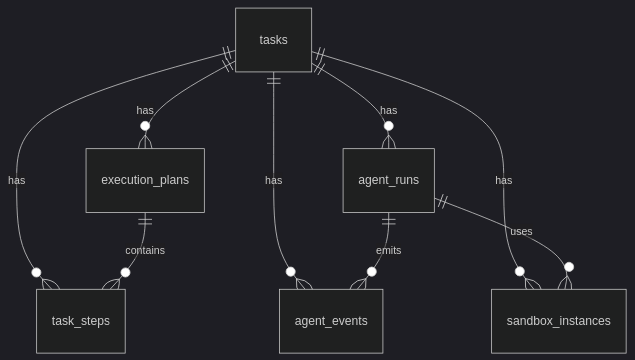
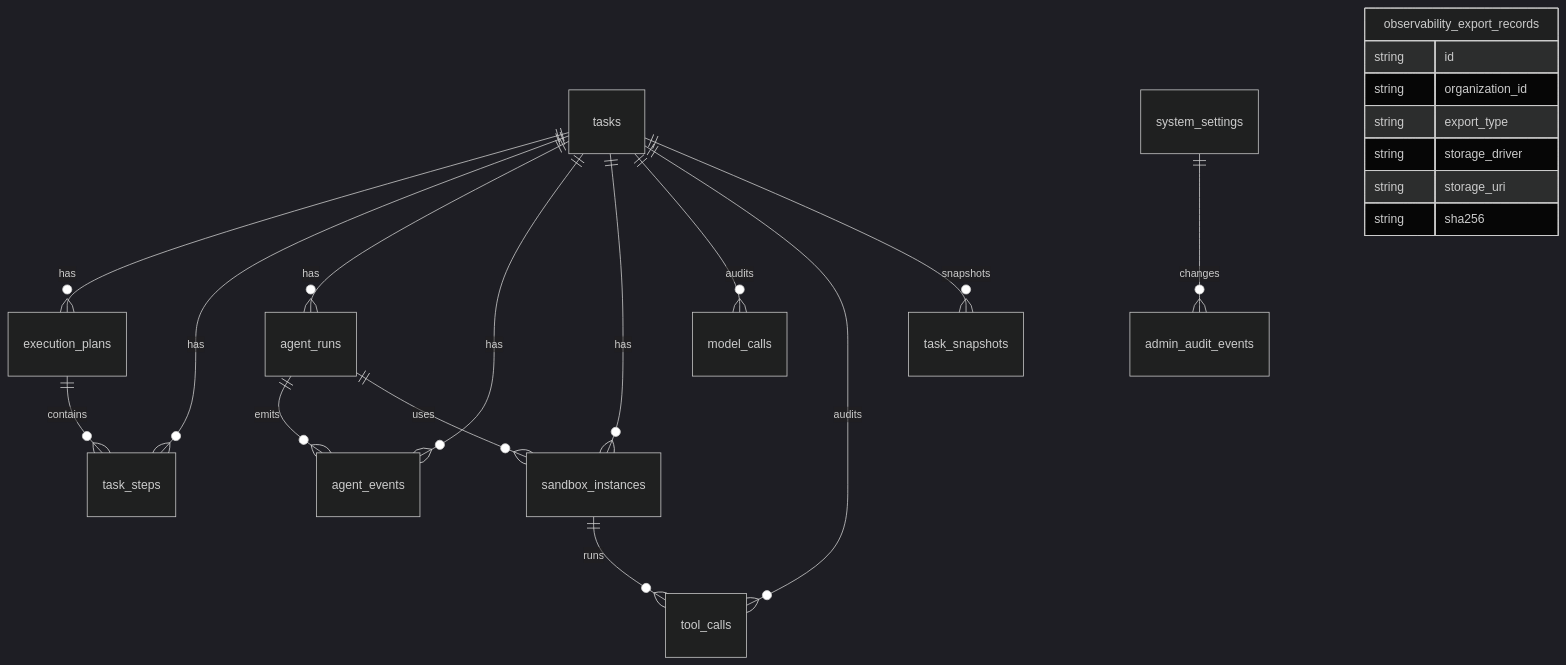
The diagram in docs/ai/reference/database-erd-migrations.md (luohao0308/harness), drawn with Mermaid (dark theme) before and after one commit. The commit also changed other lines of this file and 208 other files, not shown here.

````diff
--- a/docs/ai/reference/database-erd-migrations.md
+++ b/docs/ai/reference/database-erd-migrations.md
@@ -7,11 +7,24 @@
 ```mermaid
 erDiagram
     tasks ||--o{ execution_plans : has
     tasks ||--o{ task_steps : has
     tasks ||--o{ agent_runs : has
     tasks ||--o{ agent_events : has
     tasks ||--o{ sandbox_instances : has
+    tasks ||--o{ model_calls : audits
+    tasks ||--o{ tool_calls : audits
+    tasks ||--o{ task_snapshots : snapshots
     execution_plans ||--o{ task_steps : contains
     agent_runs ||--o{ agent_events : emits
     agent_runs ||--o{ sandbox_instances : uses
+    sandbox_instances ||--o{ tool_calls : runs
+    system_settings ||--o{ admin_audit_events : changes
+    observability_export_records {
+        string id
+        string organization_id
+        string export_type
+        string storage_driver
+        string storage_uri
+        string sha256
+    }
 ```
````
